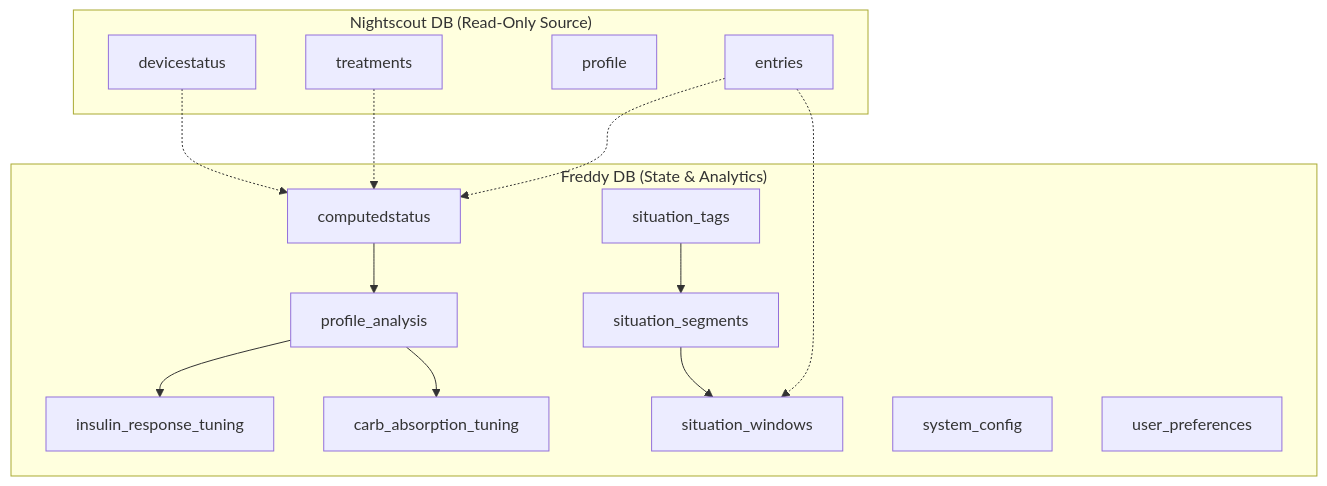
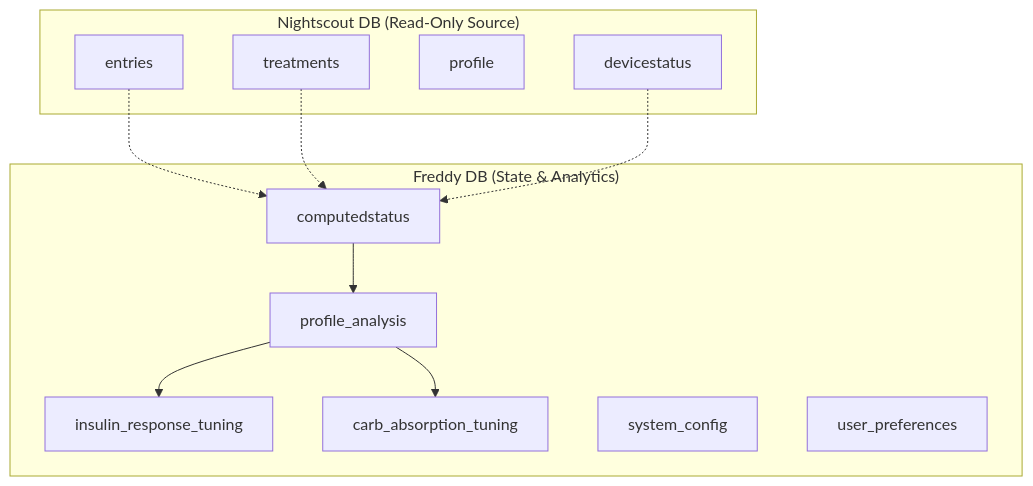
One commit to jhaydraude/freddy changed the diagram in docs/architecture/DATA_MODEL.md. Above: the diagram before and after it, drawn with Mermaid. The commit also changed other lines of this file and 54 other files, not shown here.

````diff
--- a/docs/architecture/DATA_MODEL.md
+++ b/docs/architecture/DATA_MODEL.md
@@ -7,34 +7,27 @@
 ```mermaid
 graph TD
     subgraph "Nightscout DB (Read-Only Source)"
         NS_ENTRIES[entries]
         NS_TREATMENTS[treatments]
         NS_PROFILE[profile]
         NS_DEVICESTATUS[devicestatus]
     end
 
     subgraph "Freddy DB (State & Analytics)"
         FD_STATUS[computedstatus]
         FD_ANALYSIS[profile_analysis]
         FD_IR_TUNING[insulin_response_tuning]
         FD_CA_TUNING[carb_absorption_tuning]
-        FD_TAGS[situation_tags]
-        FD_SEGMENTS[situation_segments]
-        FD_WINDOWS[situation_windows]
         FD_CONFIG[system_config]
         FD_PREFS[user_preferences]
     end
 
     %% Relationships
     NS_ENTRIES -.-> FD_STATUS
     NS_TREATMENTS -.-> FD_STATUS
     NS_DEVICESTATUS -.-> FD_STATUS
     
     FD_STATUS --> FD_ANALYSIS
     FD_ANALYSIS --> FD_IR_TUNING
     FD_ANALYSIS --> FD_CA_TUNING
-    
-    NS_ENTRIES -.-> FD_WINDOWS
-    FD_TAGS --> FD_SEGMENTS
-    FD_SEGMENTS --> FD_WINDOWS
 ```
````
